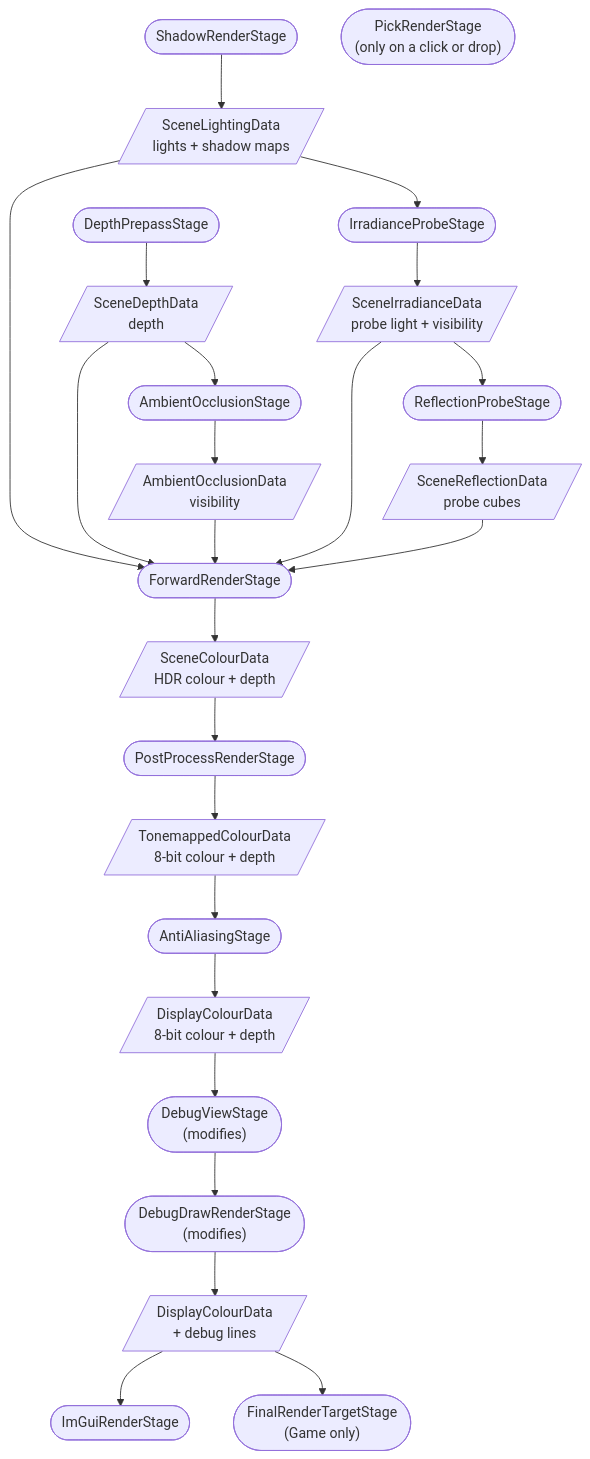
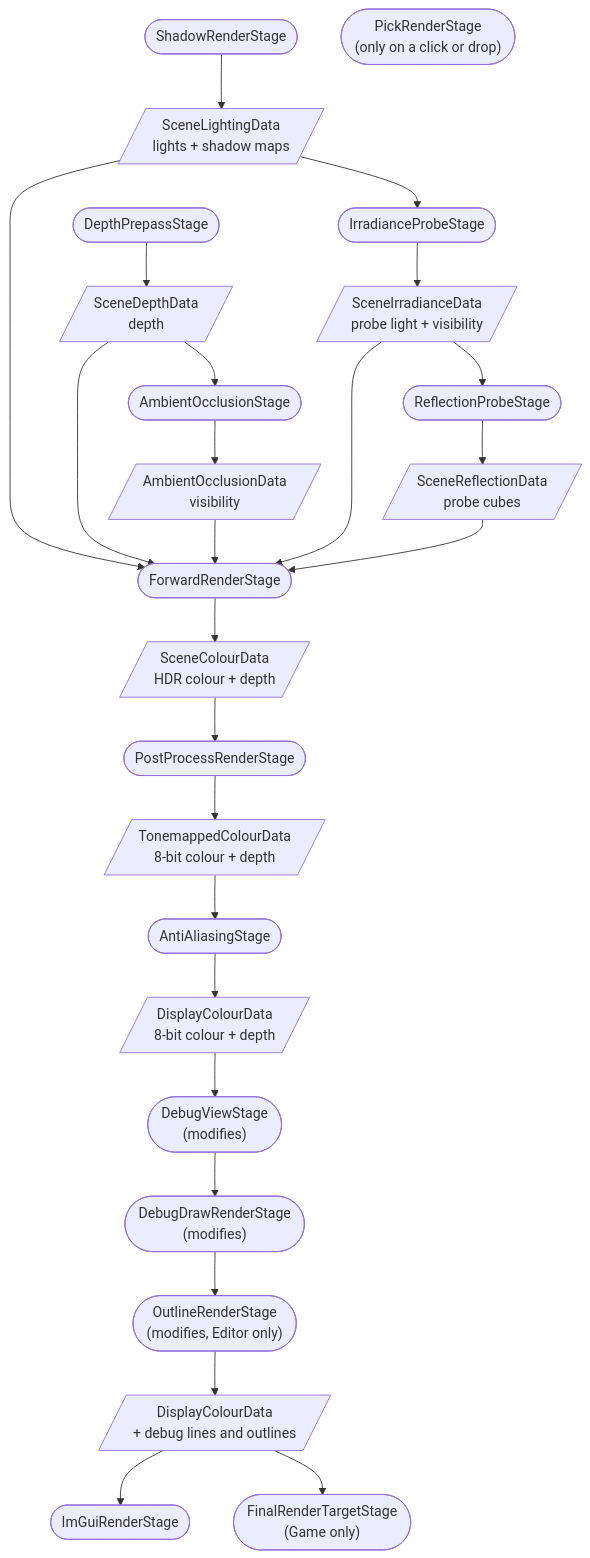
Before and after one commit to b1nary0/RZE: the first of 8 diagrams in Docs/Generated/Engine/04-Rendering/Render-Stages.md, drawn with Mermaid. The commit also changed other lines of this file and 8 other files, not shown here.

First line of the commit message:
Docs: selection outlines, OutlineRenderStage, harness modifiers, local imgui.ini

````diff
--- a/Docs/Generated/Engine/04-Rendering/Render-Stages.md
+++ b/Docs/Generated/Engine/04-Rendering/Render-Stages.md
@@ -11,28 +11,29 @@
 ```mermaid
 %%{init: {'flowchart': {'subGraphTitleMargin': {'top': 6, 'bottom': 10}}, 'themeCSS': '.labelBkg, .edgeLabel { background-color: var(--background-primary) !important; } .messageText, .labelText, .loopText { paint-order: stroke; stroke: var(--background-primary); stroke-width: 12px; stroke-linejoin: round; }'}}%%
 flowchart TD
     Shadow(["ShadowRenderStage"]) --> SMD[/"SceneLightingData<br/>lights + shadow maps"/]
     Prepass(["DepthPrepassStage"]) --> SDD[/"SceneDepthData<br/>depth"/]
     SDD --> AO(["AmbientOcclusionStage"])
     AO --> AOD[/"AmbientOcclusionData<br/>visibility"/]
     SMD --> Irr(["IrradianceProbeStage"])
     Irr --> SID[/"SceneIrradianceData<br/>probe light + visibility"/]
     SID --> Refl(["ReflectionProbeStage"])
     Refl --> SRD[/"SceneReflectionData<br/>probe cubes"/]
     SMD --> Forward(["ForwardRenderStage"])
     SDD --> Forward
     AOD --> Forward
     SID --> Forward
     SRD --> Forward
     Forward --> SCD[/"SceneColourData<br/>HDR colour + depth"/]
     SCD --> Post(["PostProcessRenderStage"])
     Post --> TCD[/"TonemappedColourData<br/>8-bit colour + depth"/]
     TCD --> AA(["AntiAliasingStage"])
     AA --> DCD[/"DisplayColourData<br/>8-bit colour + depth"/]
     DCD --> View(["DebugViewStage<br/>(modifies)"])
     View --> Debug(["DebugDrawRenderStage<br/>(modifies)"])
-    Debug --> DCD2[/"DisplayColourData<br/>+ debug lines"/]
+    Debug --> Outline(["OutlineRenderStage<br/>(modifies, Editor only)"])
+    Outline --> DCD2[/"DisplayColourData<br/>+ debug lines and outlines"/]
     DCD2 --> ImGui(["ImGuiRenderStage"])
     DCD2 --> Final(["FinalRenderTargetStage<br/>(Game only)"])
     Pick(["PickRenderStage<br/>(only on a click or drop)"])
 ```
````
